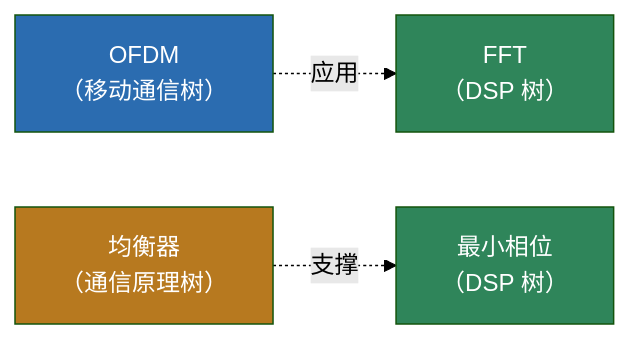
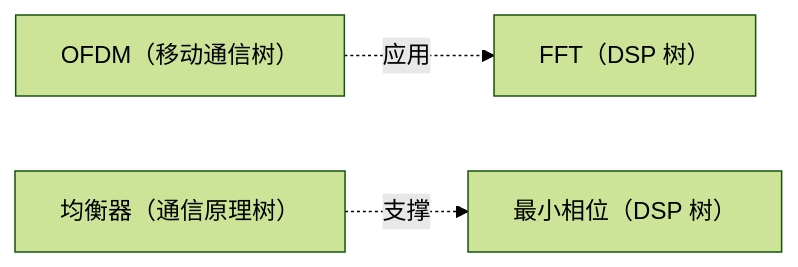
Before and after one commit to Baixiaodou/comm-knowledge-graph: the sixth of 12 diagrams in README.md, drawn with Mermaid (forest theme). The commit also changed other lines of this file, not shown here.

Commit message:
docs: 重组 README 结构（目录置顶、快速开始前移、重复章节合并、大图收进折叠块）

````diff
--- a/README.md
+++ b/README.md
@@ -338,9 +299,5 @@
 ```mermaid
 flowchart LR
-    MOB["OFDM<br/>（移动通信树）"] -.->|应用| DSP["FFT<br/>（DSP 树）"]
-    EQ["均衡器<br/>（通信原理树）"] -.->|支撑| MP["最小相位<br/>（DSP 树）"]
-    style MOB fill:#2b6cb0,color:#fff
-    style EQ fill:#b7791f,color:#fff
-    style DSP fill:#2f855a,color:#fff
-    style MP fill:#2f855a,color:#fff
+    MOB["OFDM（移动通信树）"] -.->|应用| DSP["FFT（DSP 树）"]
+    EQ["均衡器（通信原理树）"] -.->|支撑| MP["最小相位（DSP 树）"]
 ```
````
